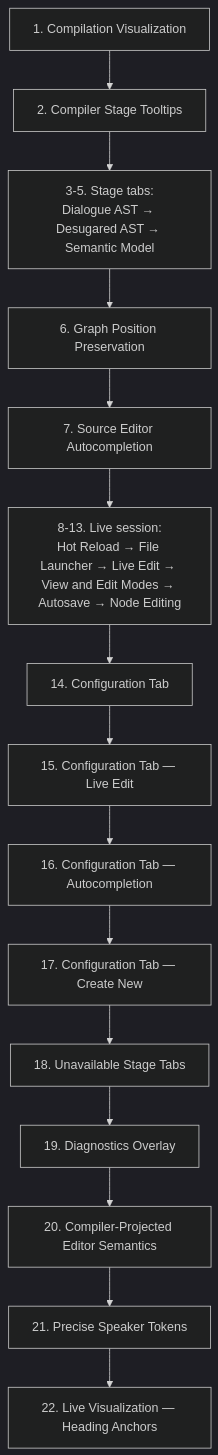
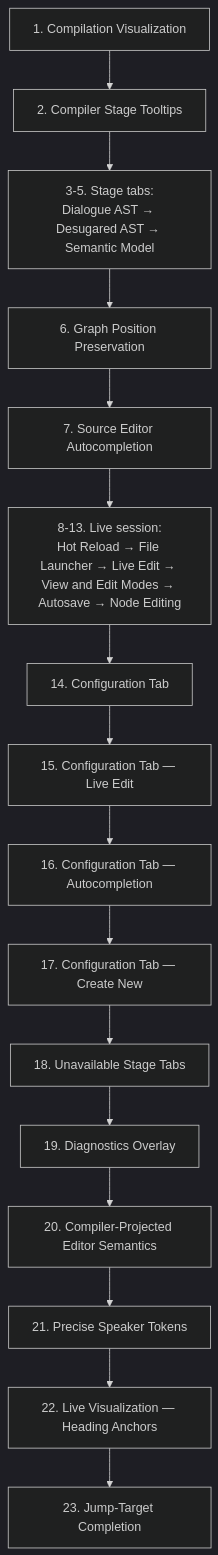
One commit to pengzhengyi/dialoguedown changed the third of 4 diagrams in docs/contributing/design-notes/README.md. Above: the diagram before and after it, drawn with Mermaid (dark theme). The commit also changed other lines of this file and 2 other files, not shown here.

Commit message:
docs: register jump-target completion
Add a CHANGELOG entry, a reading-guide row and Mermaid node, and a
toc.yml entry for the new Jump-Target Completion design note.

````diff
--- a/docs/contributing/design-notes/README.md
+++ b/docs/contributing/design-notes/README.md
@@ -140,17 +140,18 @@
 ```mermaid
 flowchart TB
     CV["1. Compilation Visualization"] --> TT["2. Compiler Stage Tooltips"]
     TT --> TABS["3-5. Stage tabs:<br/>Dialogue AST → Desugared AST → Semantic Model"]
     TABS --> GX["6. Graph Position Preservation"]
     GX --> AC["7. Source Editor Autocompletion"]
     AC --> LIVE["8-13. Live session:<br/>Hot Reload → File Launcher → Live Edit → View and Edit Modes → Autosave → Node Editing"]
     LIVE --> CFG["14. Configuration Tab"]
     CFG --> CFGLE["15. Configuration Tab — Live Edit"]
     CFGLE --> CFGAC["16. Configuration Tab — Autocompletion"]
     CFGAC --> CFGCN["17. Configuration Tab — Create New"]
     CFGCN --> UST["18. Unavailable Stage Tabs"]
     UST --> DGO["19. Diagnostics Overlay"]
     DGO --> CPE["20. Compiler-Projected Editor Semantics"]
     CPE --> PST["21. Precise Speaker Tokens"]
     PST --> HA["22. Live Visualization — Heading Anchors"]
+    HA --> JTC["23. Jump-Target Completion"]
 ```
````
